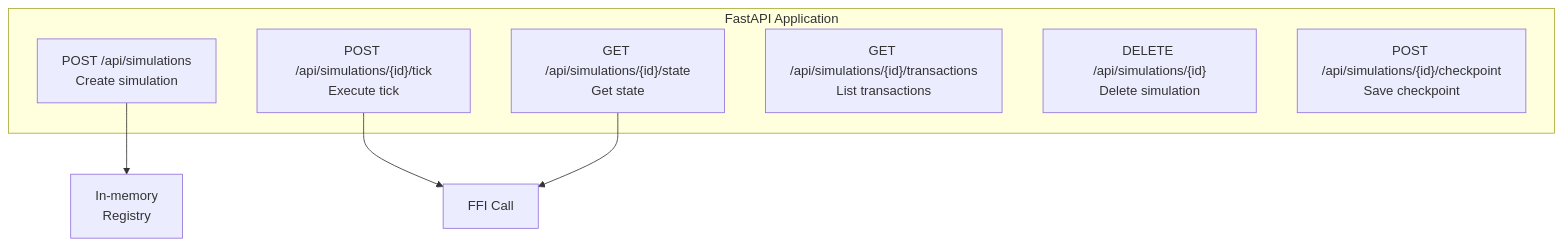
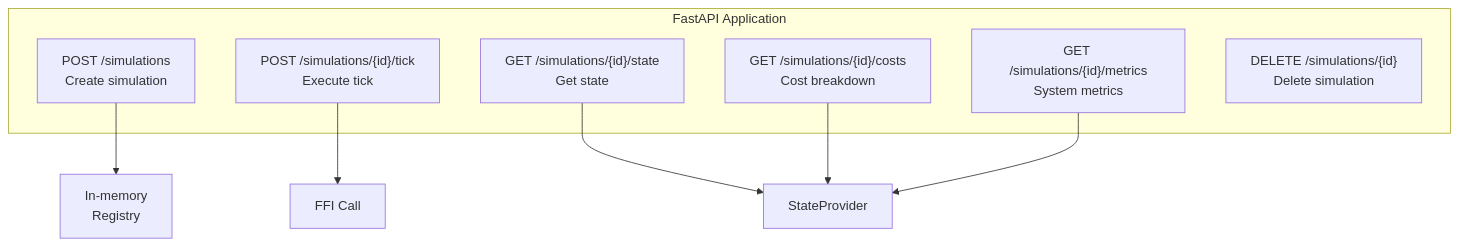
Diagram 16 of 23 in docs/reference/architecture/03-python-api-layer.md (aerugo/SimCash), drawn with Mermaid before and after one commit. The commit also changed other lines of this file and 6 other files, not shown here.

````diff
--- a/docs/reference/architecture/03-python-api-layer.md
+++ b/docs/reference/architecture/03-python-api-layer.md
@@ -636,15 +676,17 @@
 ```mermaid
 flowchart TB
     subgraph API["FastAPI Application"]
-        Create["POST /api/simulations<br/>Create simulation"]
-        Tick["POST /api/simulations/{id}/tick<br/>Execute tick"]
-        State["GET /api/simulations/{id}/state<br/>Get state"]
-        Txs["GET /api/simulations/{id}/transactions<br/>List transactions"]
-        Delete["DELETE /api/simulations/{id}<br/>Delete simulation"]
-        Checkpoint["POST /api/simulations/{id}/checkpoint<br/>Save checkpoint"]
+        Create["POST /simulations<br/>Create simulation"]
+        Tick["POST /simulations/{id}/tick<br/>Execute tick"]
+        State["GET /simulations/{id}/state<br/>Get state"]
+        Costs["GET /simulations/{id}/costs<br/>Cost breakdown"]
+        Metrics["GET /simulations/{id}/metrics<br/>System metrics"]
+        Delete["DELETE /simulations/{id}<br/>Delete simulation"]
     end
 
     Create --> Registry["In-memory<br/>Registry"]
     Tick --> FFI["FFI Call"]
-    State --> FFI
+    State --> StateProvider["StateProvider"]
+    Costs --> StateProvider
+    Metrics --> StateProvider
 ```
````
